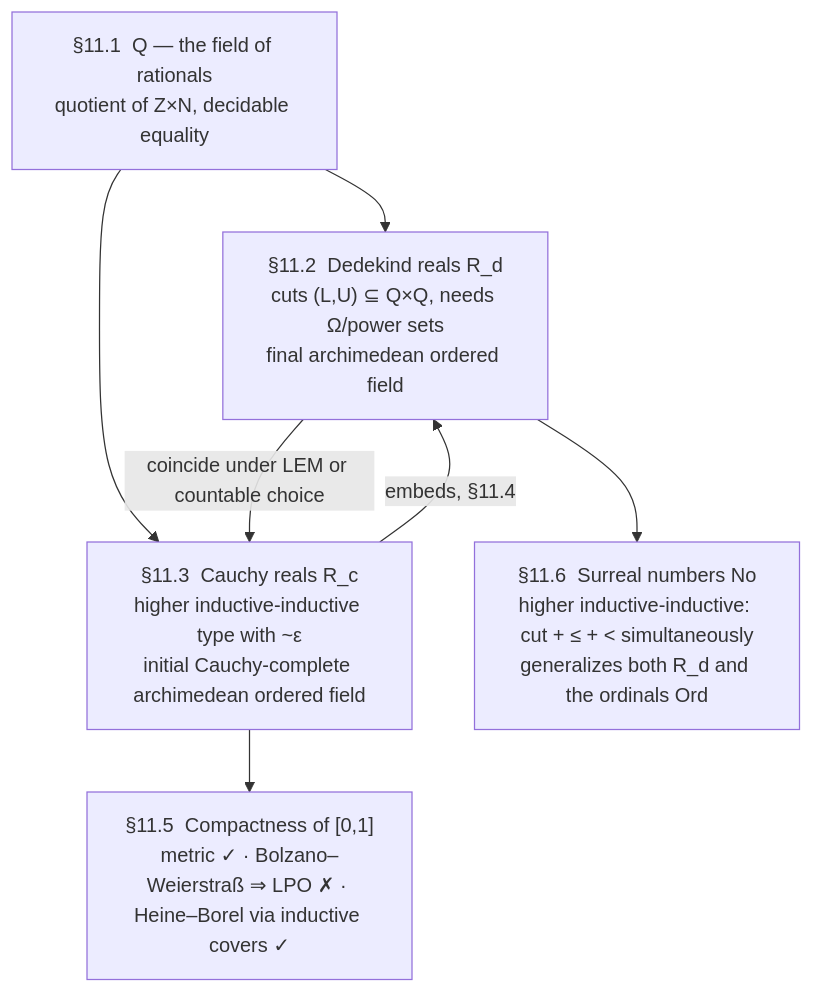
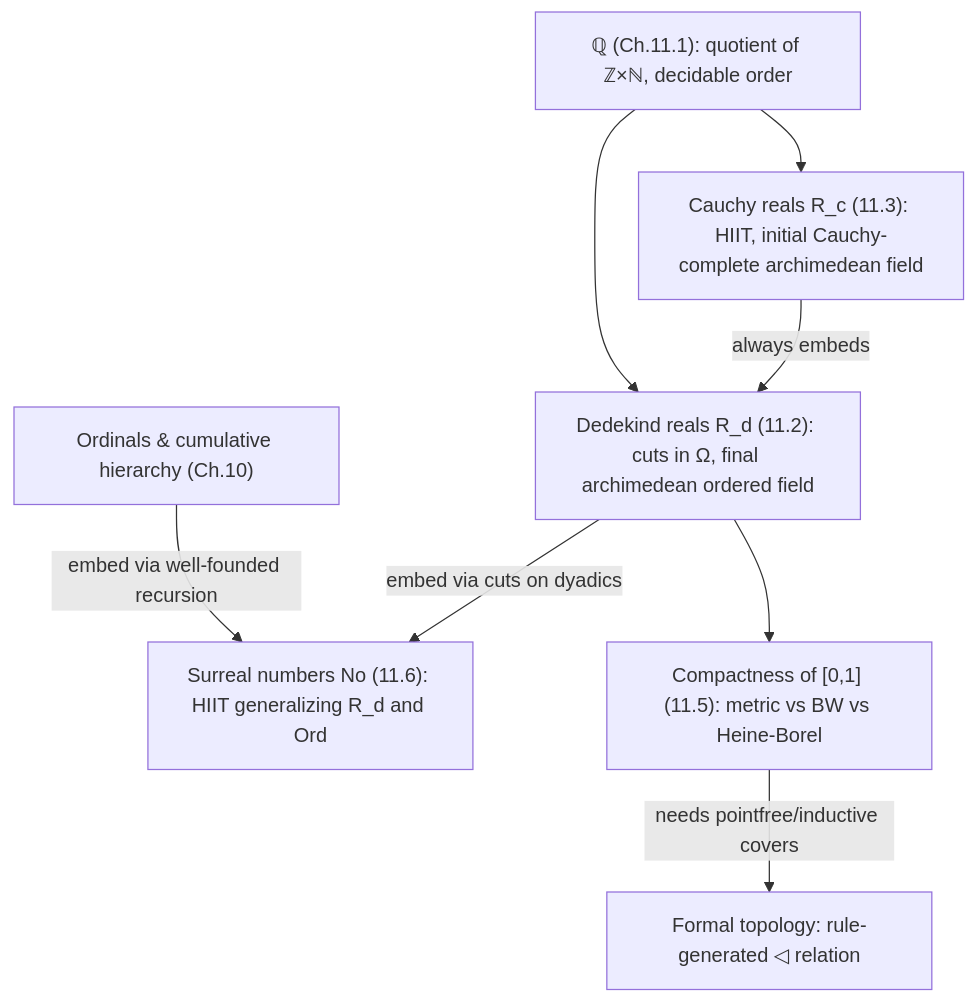
The diagram in 14_homotopy_type_theory/Real-Numbers-and-Analysis.md (superoptimo/type_theory_vaults), drawn with Mermaid before and after one commit. The commit also changed other lines of this file and 1097 other files, not shown here.

Commit message:
Update vaults books with learning roadmaps

````diff
--- a/14_homotopy_type_theory/Real-Numbers-and-Analysis.md
+++ b/14_homotopy_type_theory/Real-Numbers-and-Analysis.md
@@ -20,10 +159,12 @@
 ```mermaid
 flowchart TD
-    Q["§11.1  Q — the field of rationals<br/>quotient of Z×N, decidable equality"]
-    Q --> Rd["§11.2  Dedekind reals R_d<br/>cuts (L,U) ⊆ Q×Q, needs Ω/power sets<br/>final archimedean ordered field"]
-    Q --> Rc["§11.3  Cauchy reals R_c<br/>higher inductive-inductive type with ~ε<br/>initial Cauchy-complete archimedean ordered field"]
-    Rc -->|"embeds, §11.4"| Rd
-    Rd -->|"coincide under LEM or countable choice"| Rc
-    Rc --> Comp["§11.5  Compactness of [0,1]<br/>metric ✓ · Bolzano–Weierstraß ⇒ LPO ✗ · Heine–Borel via inductive covers ✓"]
-    Rd --> No["§11.6  Surreal numbers No<br/>higher inductive-inductive: cut + ≤ + < simultaneously<br/>generalizes both R_d and the ordinals Ord"]
+    Q["ℚ (Ch.11.1): quotient of ℤ×ℕ, decidable order"]
+    Ord["Ordinals & cumulative hierarchy (Ch.10)"]
+    Q --> Rd["Dedekind reals R_d (11.2): cuts in Ω, final archimedean ordered field"]
+    Q --> Rc["Cauchy reals R_c (11.3): HIIT, initial Cauchy-complete archimedean field"]
+    Rc -->|"always embeds"| Rd
+    Rd -->|"embed via cuts on dyadics"| No["Surreal numbers No (11.6): HIIT generalizing R_d and Ord"]
+    Ord -->|"embed via well-founded recursion"| No
+    Rd --> Compact["Compactness of [0,1] (11.5): metric vs BW vs Heine-Borel"]
+    Compact -->|"needs pointfree/inductive covers"| Formal["Formal topology: rule-generated ◁ relation"]
 ```
````
